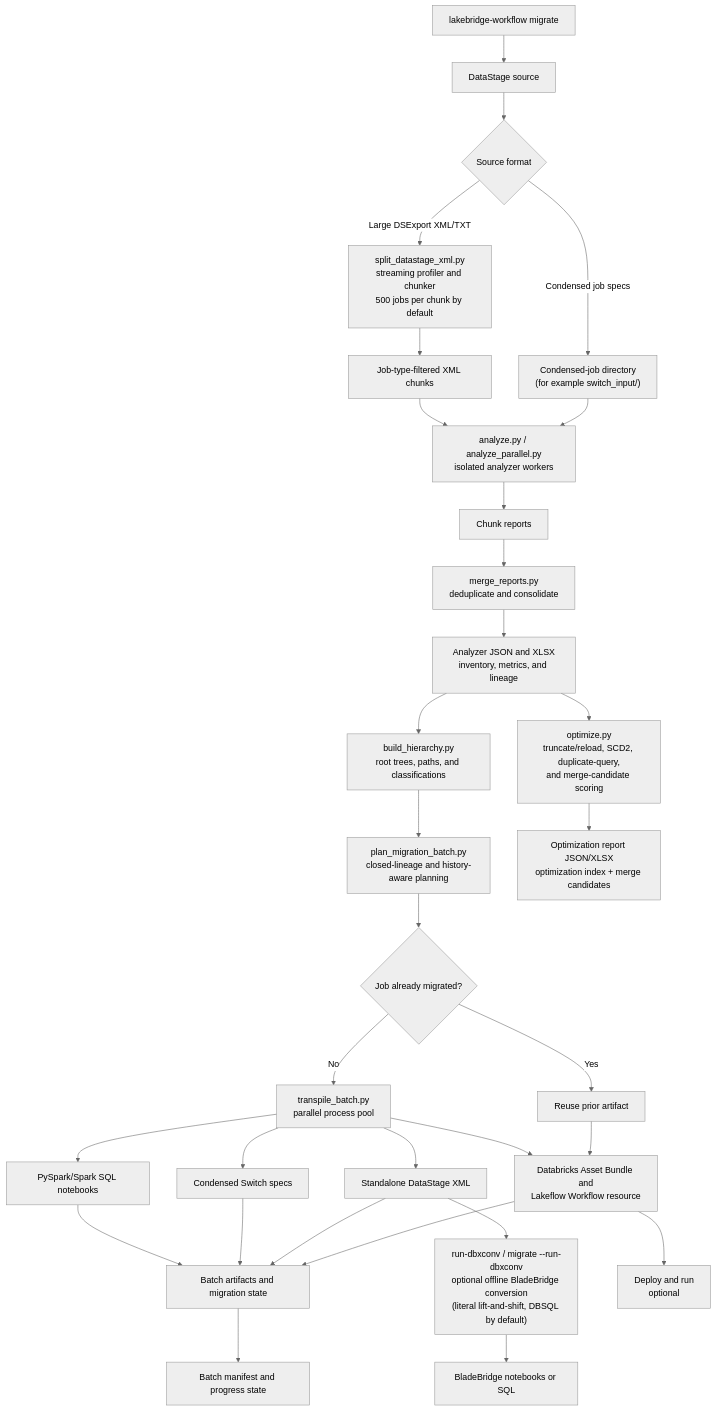
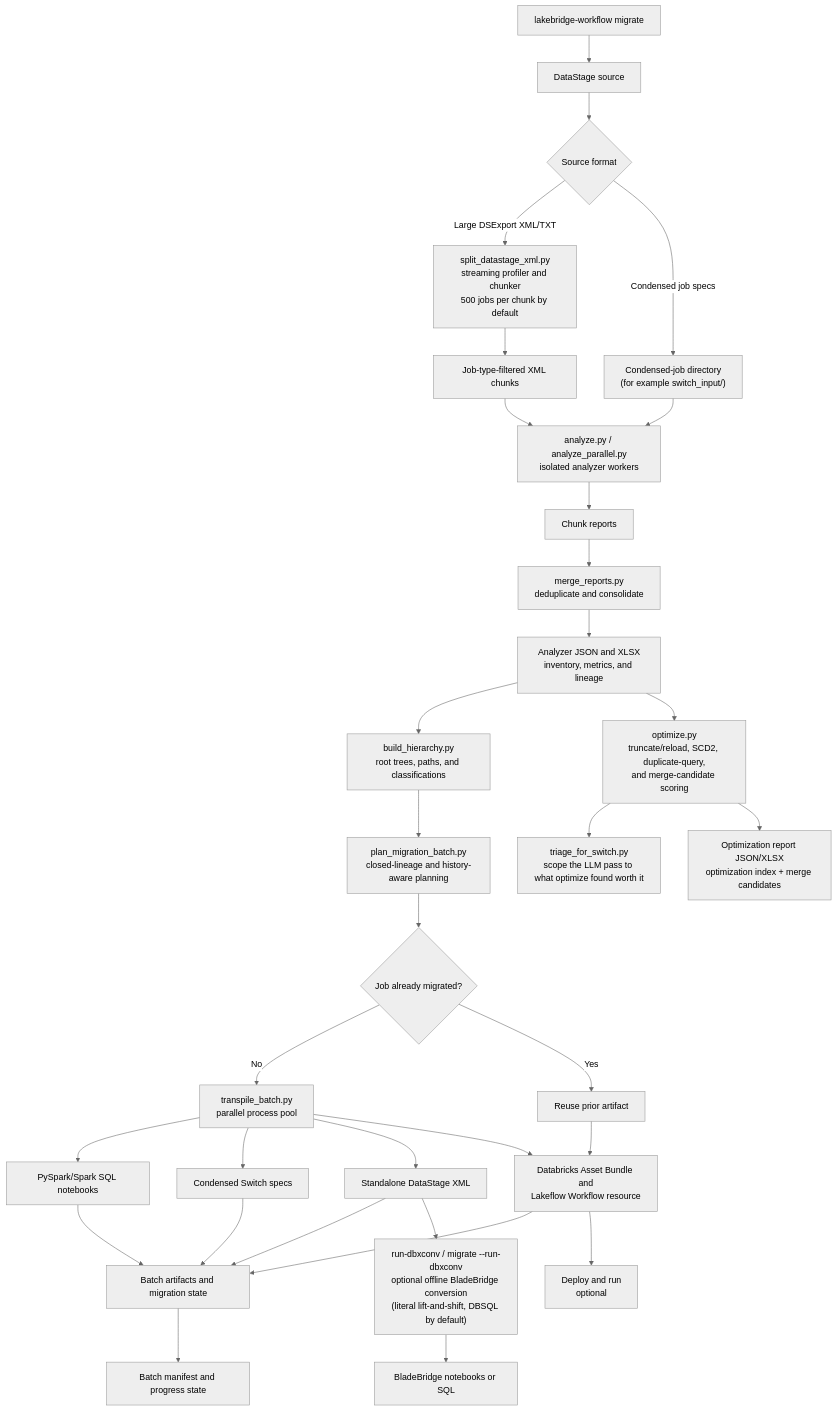
The diagram in migration/lakebridge_workflow/README.md (rwforest/Retail-Store-Data-Modeling-and-Analysis-using-DataStage), drawn with Mermaid (neutral theme) before and after one commit. The commit also changed other lines of this file and 4 other files, not shown here.

````diff
--- a/migration/lakebridge_workflow/README.md
+++ b/migration/lakebridge_workflow/README.md
@@ -19,42 +19,43 @@
 ```mermaid
 flowchart TD
     CMD["lakebridge-workflow migrate"] --> A["DataStage source"]
     A --> B{"Source format"}
     B -->|"Large DSExport XML/TXT"| C["split_datastage_xml.py<br/>streaming profiler and chunker<br/>500 jobs per chunk by default"]
     B -->|"Condensed job specs"| D["Condensed-job directory<br/>(for example switch_input/)"]
 
     C --> E["Job-type-filtered XML chunks"]
     E --> F["analyze.py / analyze_parallel.py<br/>isolated analyzer workers"]
     D --> F
 
     F --> G["Chunk reports"]
     G --> H["merge_reports.py<br/>deduplicate and consolidate"]
 
     H --> I["Analyzer JSON and XLSX<br/>inventory, metrics, and lineage"]
     I --> J["build_hierarchy.py<br/>root trees, paths, and classifications"]
     I --> J2["optimize.py<br/>truncate/reload, SCD2, duplicate-query,<br/>and merge-candidate scoring"]
+    J2 --> J3["triage_for_switch.py<br/>scope the LLM pass to what optimize found worth it"]
 
     J --> K["plan_migration_batch.py<br/>closed-lineage and history-aware planning"]
     K --> L{"Job already migrated?"}
 
     L -->|"No"| M["transpile_batch.py<br/>parallel process pool"]
     L -->|"Yes"| N["Reuse prior artifact"]
 
     M --> O["PySpark/Spark SQL notebooks"]
     M --> P["Condensed Switch specs"]
     M --> Q["Standalone DataStage XML"]
     M --> R["Databricks Asset Bundle and<br/>Lakeflow Workflow resource"]
 
     N --> R
     O --> S["Batch artifacts and migration state"]
     P --> S
     Q --> S
     R --> S
 
     Q --> T["run-dbxconv / migrate --run-dbxconv<br/>optional offline BladeBridge conversion<br/>(literal lift-and-shift, DBSQL by default)"]
     T --> U["BladeBridge notebooks or SQL"]
 
     R --> V["Deploy and run<br/>optional"]
     S --> W["Batch manifest and progress state"]
     J2 --> X["Optimization report JSON/XLSX<br/>optimization index + merge candidates"]
 ```
````
